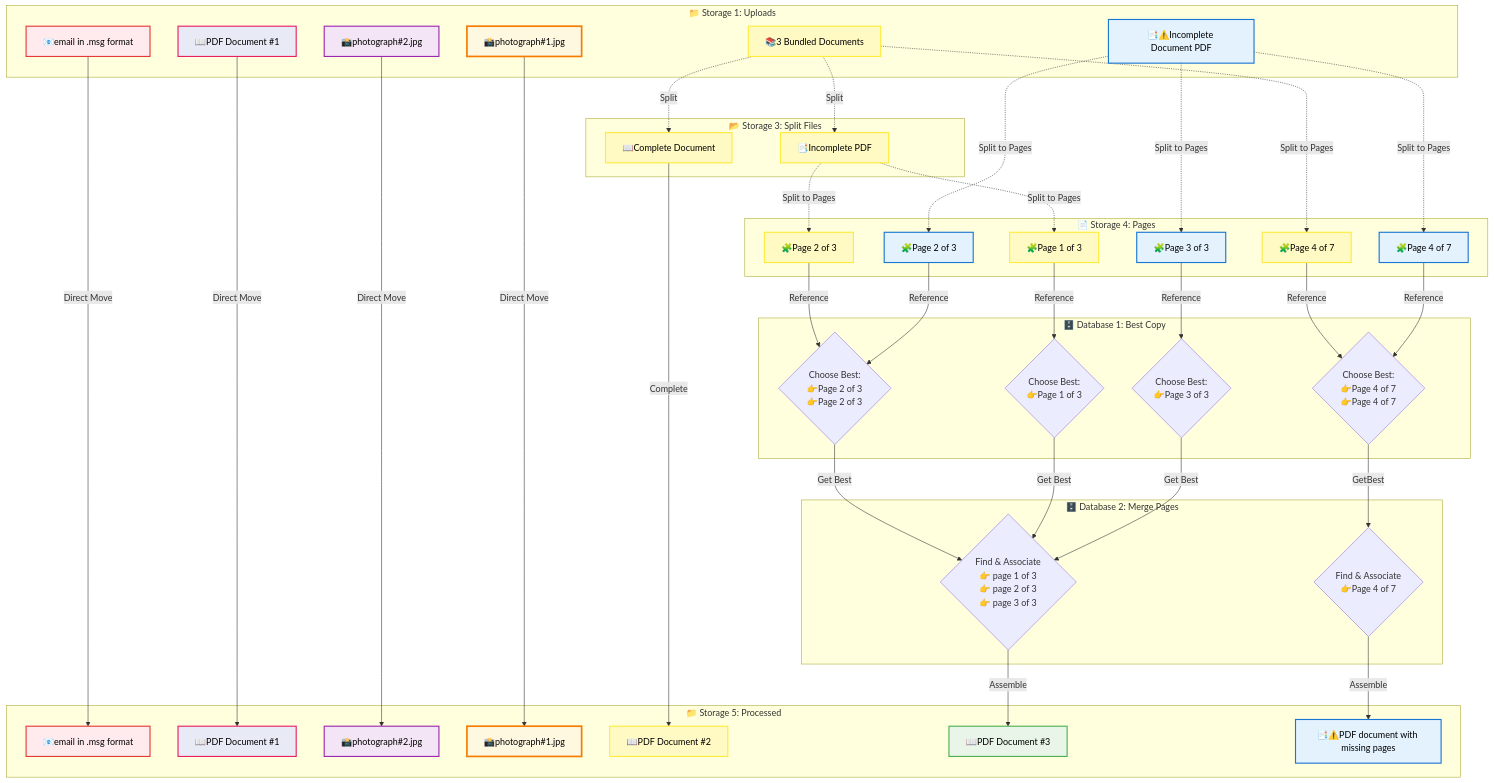
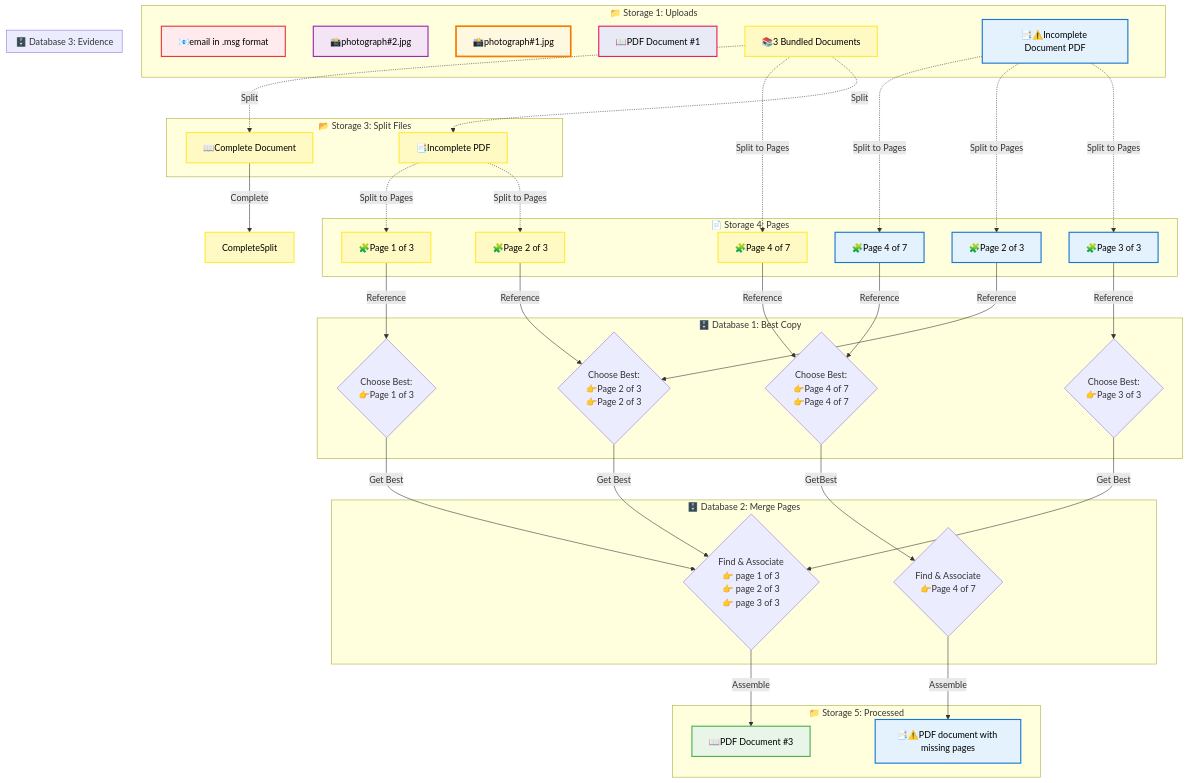
The diagram in docs/Document-Processing-Workflow.md (Mharbulous/Bookkeeper), drawn with Mermaid before and after one commit.

Commit message:
Cleaned up some nodes before illustrating the Evidence Database

````diff
--- a/docs/Document-Processing-Workflow.md
+++ b/docs/Document-Processing-Workflow.md
@@ -44,13 +44,12 @@
     end
 
     subgraph Col5 ["📁 Storage 5: Processed"]
-        EmailProcessed["📧email in .msg format"]
-        CompleteRaw["📖PDF Document #1"]
-        OnePageComplete["📸photograph#2.jpg"]
-        PhotoProcessed["📸photograph#1.jpg"]
-        CompleteSplit["📖PDF Document #2"]
         CompleteMerged["📖PDF Document #3"]
         IncompleteFinal["📑⚠️PDF document with missing pages"]
+
+    end
+
+    subgraph DB3 ["🗄️ Database 3: Evidence"]
 
     end
 
@@ -62,10 +61,6 @@
     end
 
     %% Flow from Storage 1 to Storage 5 (Direct Processing)
-    SingleUpload -->|Direct Move| EmailProcessed
-    PdfUpload -->|Direct Move| CompleteRaw
-    OnePageUpload -->|Direct Move| OnePageComplete
-    PhotoOfDoc -->|Direct Move| PhotoProcessed
 
 
     Bundle -.->|Split| DocA
@@ -120,10 +115,10 @@
     classDef pdfDocFamily fill:#e8eaf6,stroke:#e91e63,stroke-width:2px,color:#000000
 
     %% Single Complete Document Family (Light Red)
-    class Single,EmailProcessed singleDocFamily
+    class Single singleDocFamily
 
     %% PDF Document Family (Light Indigo)
-    class CompleteRaw,PdfUpload pdfDocFamily
+    class PdfUpload pdfDocFamily
 
     %% Bundle Document Family (Light Yellow)
     class Bundle,DocA,OnePage_split,DocC,SoloPage1,SoloPage2,CompleteSplit bundleDocFamily
@@ -132,7 +127,7 @@
     class Incomplete,PageRaw1,PageRaw2,PageRaw3,IncompleteFinal incompleteDocFamily
 
     %% One Page Document Family (Light Purple)
-    class OnePage,OnePageComplete onePageDocFamily
+    class OnePage onePageDocFamily
 
     %% Blended Document Family (Green - Yellow+Blue blend for multi-source documents)
     class CompleteMerged blendedDocFamily
@@ -144,7 +139,7 @@
     class Bundle bundleDocFamily
     class Incomplete incompleteDocFamily
 
-    %% Photo Document #2 Family (Light Amber)
-    class PhotoOfDoc,PhotoProcessed photoTwoFamily
+    %% Photo Document #1 Family (Light Amber)
+    class PhotoOfDoc photoTwoFamily
 
 ```
````
